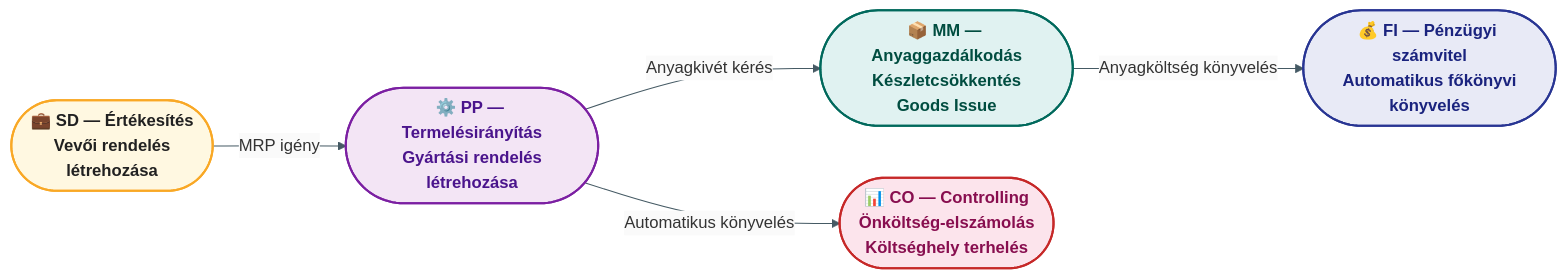
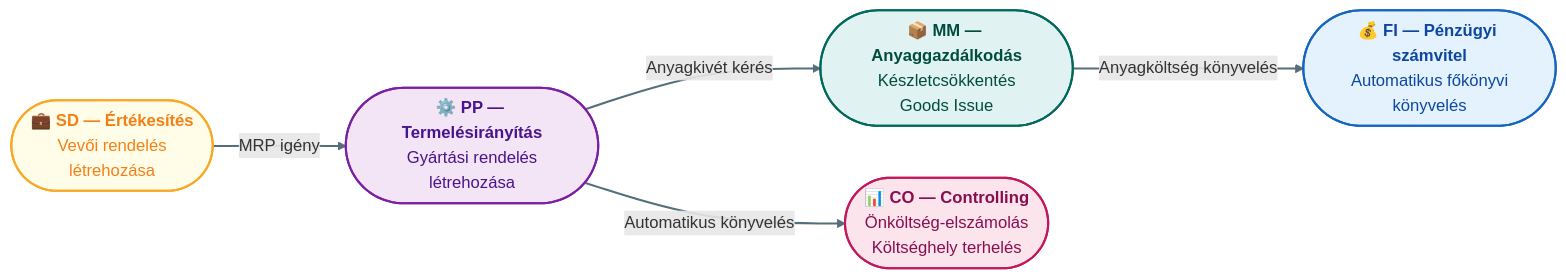
The third of 3 diagrams in Tételek/V14-GMXIV2MBLF-SAP S4HANA struktúra és modulok.tétel.md (denespocsik/MM_BSC_Zarovizsga), drawn with Mermaid before and after one commit. The commit also changed other lines of this file and 34 other files, not shown here.

First line of the commit message:
style(tételek): egységes vizuális arculat a Mermaid-diagramokhoz

````diff
--- a/Tételek/V14-GMXIV2MBLF-SAP S4HANA struktúra és modulok.tétel.md
+++ b/Tételek/V14-GMXIV2MBLF-SAP S4HANA struktúra és modulok.tétel.md
@@ -111,20 +115,21 @@
 ```mermaid
-%%{init: {'theme': 'base', 'themeVariables': {'primaryColor': '#FFF', 'lineColor': '#455A64', 'edgeLabelBackground': '#FAFAFA'}}}%%
 flowchart LR
-    classDef sd fill:#FFF8E1,stroke:#F9A825,stroke-width:2px,color:#212121,font-weight:bold
-    classDef pp fill:#F3E5F5,stroke:#7B1FA2,stroke-width:2px,color:#4A148C,font-weight:bold
-    classDef mm fill:#E0F2F1,stroke:#00695C,stroke-width:2px,color:#004D40,font-weight:bold
-    classDef co fill:#FCE4EC,stroke:#C62828,stroke-width:2px,color:#880E4F,font-weight:bold
-    classDef fi fill:#E8EAF6,stroke:#283593,stroke-width:2px,color:#1A237E,font-weight:bold
-
-    SD(["💼 SD — Értékesítés\nVevői rendelés\nlétrehozása"]):::sd
-    PP(["⚙️ PP — Termelésirányítás\nGyártási rendelés\nlétrehozása"]):::pp
-    MM(["📦 MM — Anyaggazdálkodás\nKészletcsökkentés\nGoods Issue"]):::mm
-    CO(["📊 CO — Controlling\nÖnköltség-elszámolás\nKöltséghely terhelés"]):::co
-    FI(["💰 FI — Pénzügyi számvitel\nAutomatikus főkönyvi\nkönyvelés"]):::fi
+    SD(["💼 <b>SD — Értékesítés</b><br/>Vevői rendelés<br/>létrehozása"]):::sarga
+    PP(["⚙️ <b>PP — Termelésirányítás</b><br/>Gyártási rendelés<br/>létrehozása"]):::lila
+    MM(["📦 <b>MM — Anyaggazdálkodás</b><br/>Készletcsökkentés<br/>Goods Issue"]):::turkiz
+    CO(["📊 <b>CO — Controlling</b><br/>Önköltség-elszámolás<br/>Költséghely terhelés"]):::rozsa
+    FI(["💰 <b>FI — Pénzügyi számvitel</b><br/>Automatikus főkönyvi<br/>könyvelés"]):::kek
 
     SD -->|"MRP igény"| PP
     PP -->|"Anyagkivét kérés"| MM
     PP -->|"Automatikus könyvelés"| CO
     MM -->|"Anyagköltség könyvelés"| FI
+
+    classDef kek    fill:#e3f2fd,stroke:#1565c0,stroke-width:2px,color:#0d47a1,rx:10,ry:10;
+    classDef rozsa  fill:#fce4ec,stroke:#c2185b,stroke-width:2px,color:#880e4f,rx:10,ry:10;
+    classDef lila   fill:#f3e5f5,stroke:#7b1fa2,stroke-width:2px,color:#4a148c,rx:10,ry:10;
+    classDef turkiz fill:#e0f2f1,stroke:#00695c,stroke-width:2px,color:#004d40,rx:10,ry:10;
+    classDef sarga  fill:#fffde7,stroke:#f9a825,stroke-width:2px,color:#f57f17,rx:10,ry:10;
+
+    linkStyle default stroke:#546e7a,stroke-width:2px;
 ```
````
